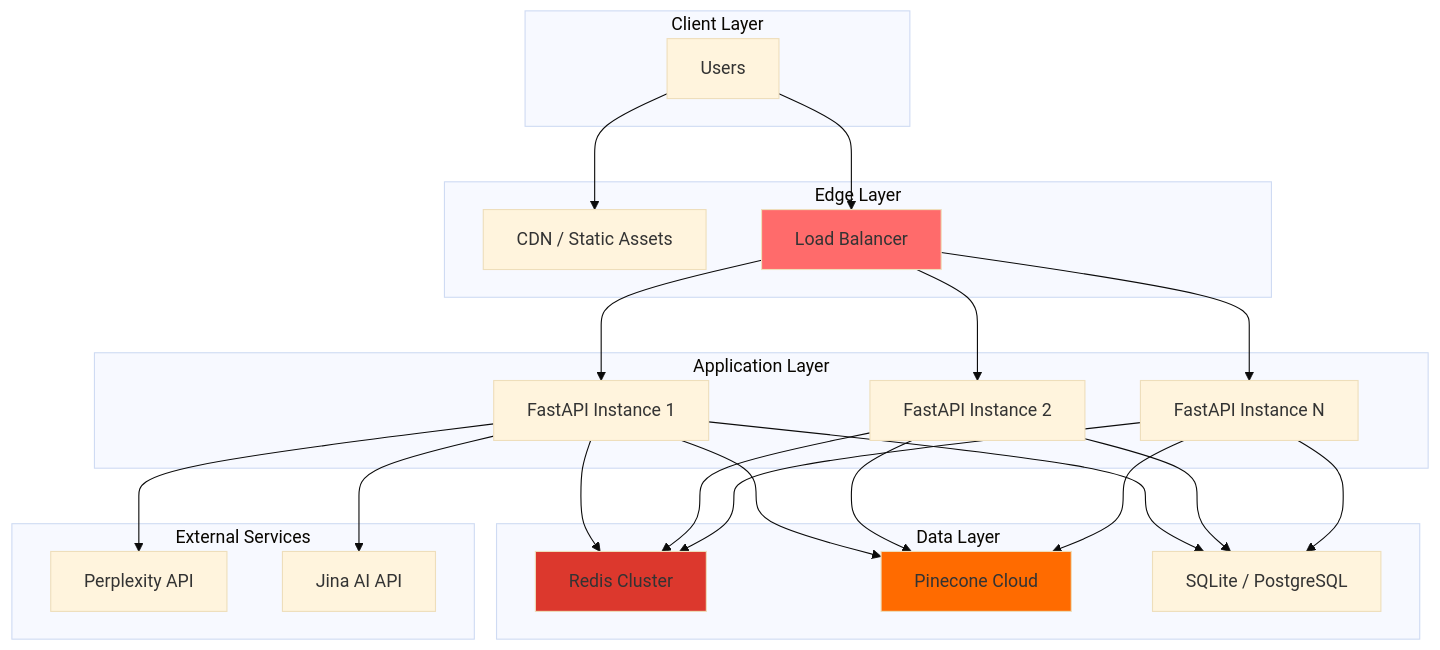
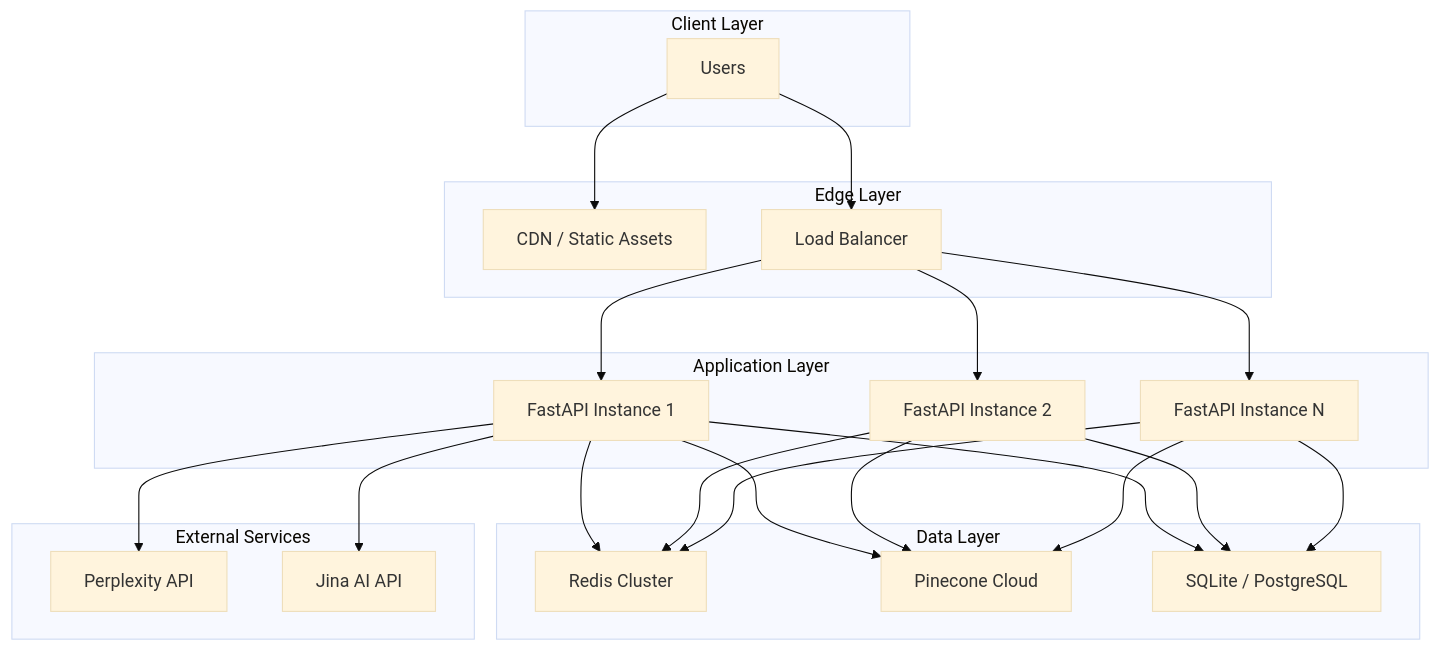
One commit to Shashwat-Akhilesh-Shukla/Cognitive-AI changed diagram 16 of 18 in RESEARCH.md. Above: the diagram before and after it, drawn with Mermaid (base theme). The commit also changed other lines of this file and 4 other files, not shown here.

````diff
--- a/RESEARCH.md
+++ b/RESEARCH.md
@@ -1419,52 +1442,48 @@
 ```mermaid
 graph TB
     subgraph "Client Layer"
         USERS[Users]
     end
     
     subgraph "Edge Layer"
         CDN[CDN / Static Assets]
         LB[Load Balancer]
     end
     
     subgraph "Application Layer"
         APP1[FastAPI Instance 1]
         APP2[FastAPI Instance 2]
         APP3[FastAPI Instance N]
     end
     
     subgraph "Data Layer"
         REDIS[Redis Cluster]
         PINECONE[Pinecone Cloud]
         DB[SQLite / PostgreSQL]
     end
     
     subgraph "External Services"
         PERPLEXITY[Perplexity API]
         JINA[Jina AI API]
     end
     
     USERS --> CDN
     USERS --> LB
     LB --> APP1
     LB --> APP2
     LB --> APP3
     
     APP1 --> REDIS
     APP1 --> PINECONE
     APP1 --> DB
     APP1 --> PERPLEXITY
     APP1 --> JINA
     
     APP2 --> REDIS
     APP2 --> PINECONE
     APP2 --> DB
     
     APP3 --> REDIS
     APP3 --> PINECONE
     APP3 --> DB
-    
-    style LB fill:#ff6b6b
-    style REDIS fill:#dc382d
-    style PINECONE fill:#ff6b00
 ```
````
